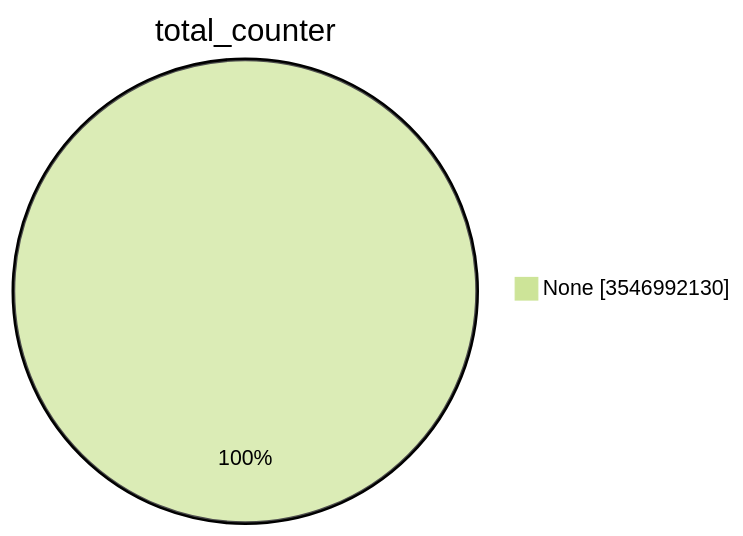
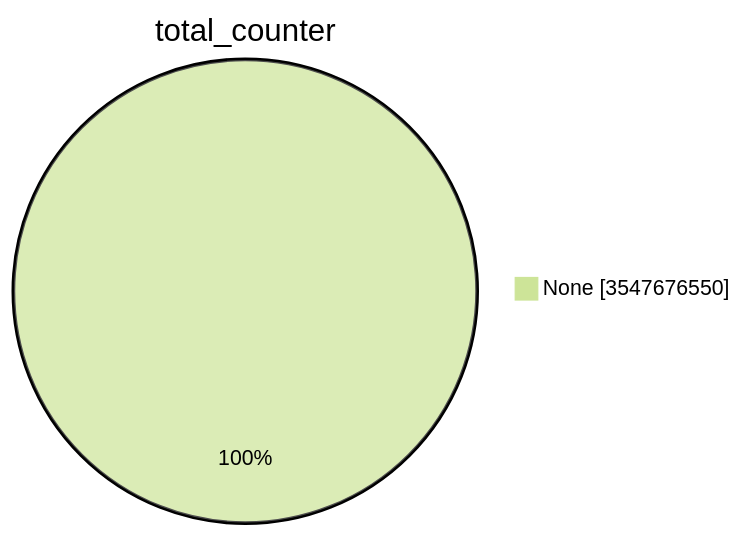
One commit to christiankrug/ctmonitor_visualization changed the first of 15 diagrams in TOTAL/README.md. Above: the diagram before and after it, drawn with Mermaid (forest theme). The commit also changed other lines of this file, not shown here.

````diff
--- a/TOTAL/README.md
+++ b/TOTAL/README.md
@@ -1,5 +1,5 @@
 ```mermaid
 pie showData
 title total_counter
-"None" :3546992130
+"None" :3547676550
 ```
````
